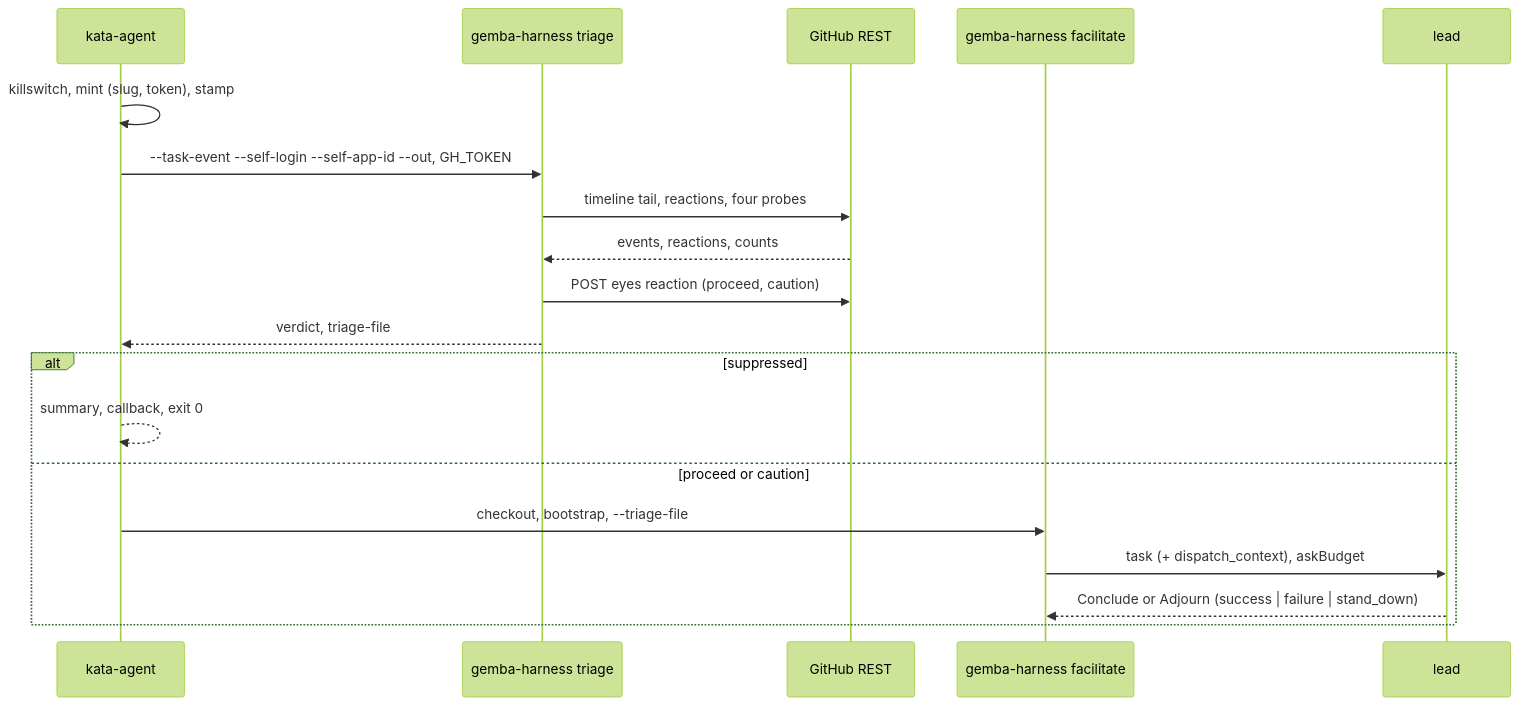
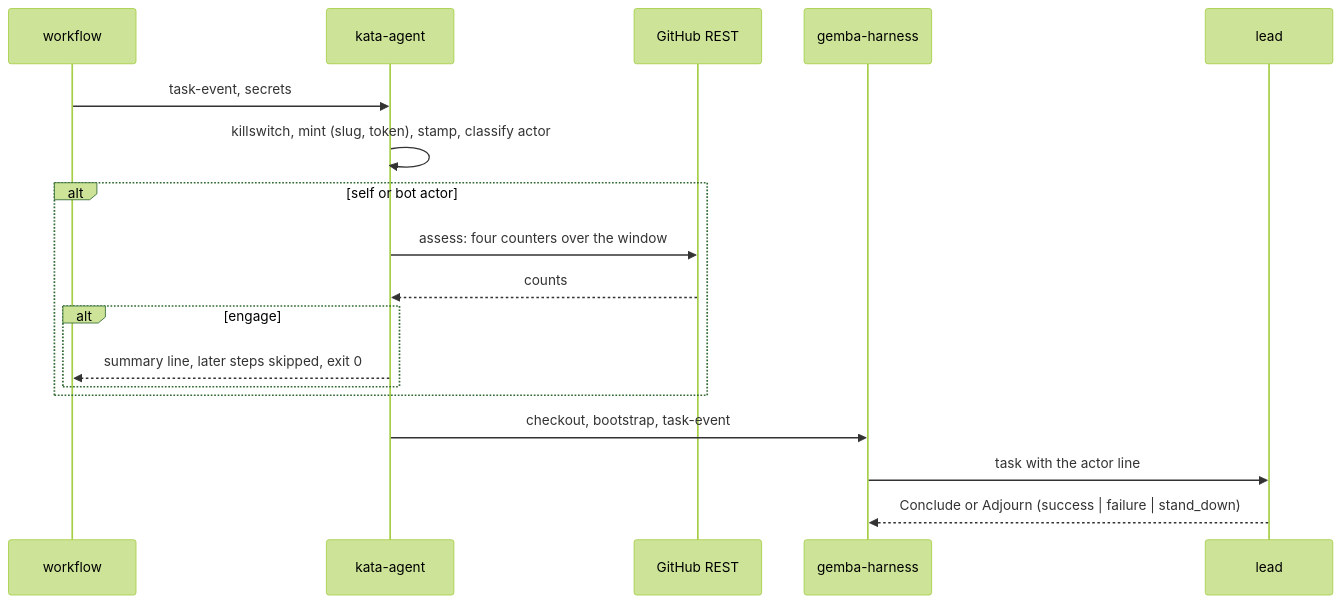
Before and after one commit to forwardimpact/monorepo: the second of 2 diagrams in specs/2350-dispatch-chain-triage/design-a.md, drawn with Mermaid (forest theme). The commit also changed other lines of this file and 3 other files, not shown here.

First line of the commit message:
design(2350): simplify to one gate, one actor line, one workflow

````diff
--- a/specs/2350-dispatch-chain-triage/design-a.md
+++ b/specs/2350-dispatch-chain-triage/design-a.md
@@ -148,21 +85,20 @@
 ```mermaid
 sequenceDiagram
+    participant W as workflow
     participant A as kata-agent
-    participant T as gemba-harness triage
     participant G as GitHub REST
-    participant H as gemba-harness facilitate
-    participant F as lead
-    A->>A: killswitch, mint (slug, token), stamp
-    A->>T: --task-event --self-login --self-app-id --out, GH_TOKEN
-    T->>G: timeline tail, reactions, four probes
-    G-->>T: events, reactions, counts
-    T->>G: POST eyes reaction (proceed, caution)
-    T-->>A: verdict, triage-file
-    alt suppressed
-        A-->>A: summary, callback, exit 0
-    else proceed or caution
-        A->>H: checkout, bootstrap, --triage-file
-        H->>F: task (+ dispatch_context), askBudget
-        F-->>H: Conclude or Adjourn (success | failure | stand_down)
+    participant H as gemba-harness
+    participant L as lead
+    W->>A: task-event, secrets
+    A->>A: killswitch, mint (slug, token), stamp, classify actor
+    alt self or bot actor
+        A->>G: assess: four counters over the window
+        G-->>A: counts
+        alt engage
+            A-->>W: summary line, later steps skipped, exit 0
+        end
     end
+    A->>H: checkout, bootstrap, task-event
+    H->>L: task with the actor line
+    L-->>H: Conclude or Adjourn (success | failure | stand_down)
 ```
````
